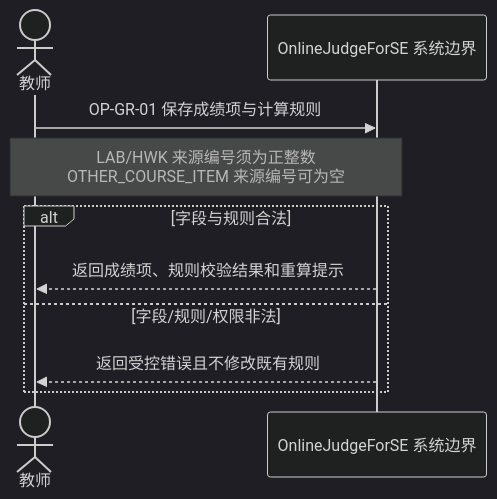
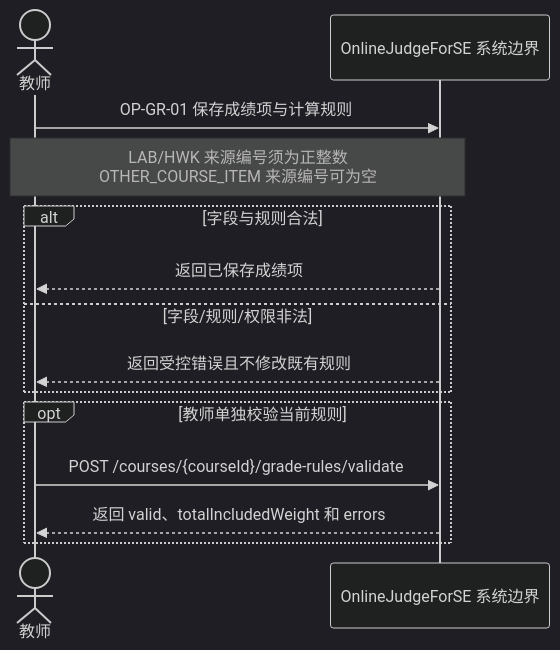
The diagram in docs/diagrams/srs/fig_4_20_grade_item_config_ssd.mmd (Cr4zyorange/OnlineJudge), drawn with Mermaid (dark theme) before and after one commit. The commit also changed 11 other files, not shown here.

```diff
--- a/docs/diagrams/srs/fig_4_20_grade_item_config_ssd.mmd
+++ b/docs/diagrams/srs/fig_4_20_grade_item_config_ssd.mmd
@@ -1,10 +1,14 @@
 sequenceDiagram
   actor Teacher as 教师
   participant System as OnlineJudgeForSE 系统边界
   Teacher->>System: OP-GR-01 保存成绩项与计算规则
   Note over Teacher,System: LAB/HWK 来源编号须为正整数<br/>OTHER_COURSE_ITEM 来源编号可为空
   alt 字段与规则合法
-    System-->>Teacher: 返回成绩项、规则校验结果和重算提示
+    System-->>Teacher: 返回已保存成绩项
   else 字段/规则/权限非法
     System-->>Teacher: 返回受控错误且不修改既有规则
   end
+  opt 教师单独校验当前规则
+    Teacher->>System: POST /courses/{courseId}/grade-rules/validate
+    System-->>Teacher: 返回 valid、totalIncludedWeight 和 errors
+  end
```
